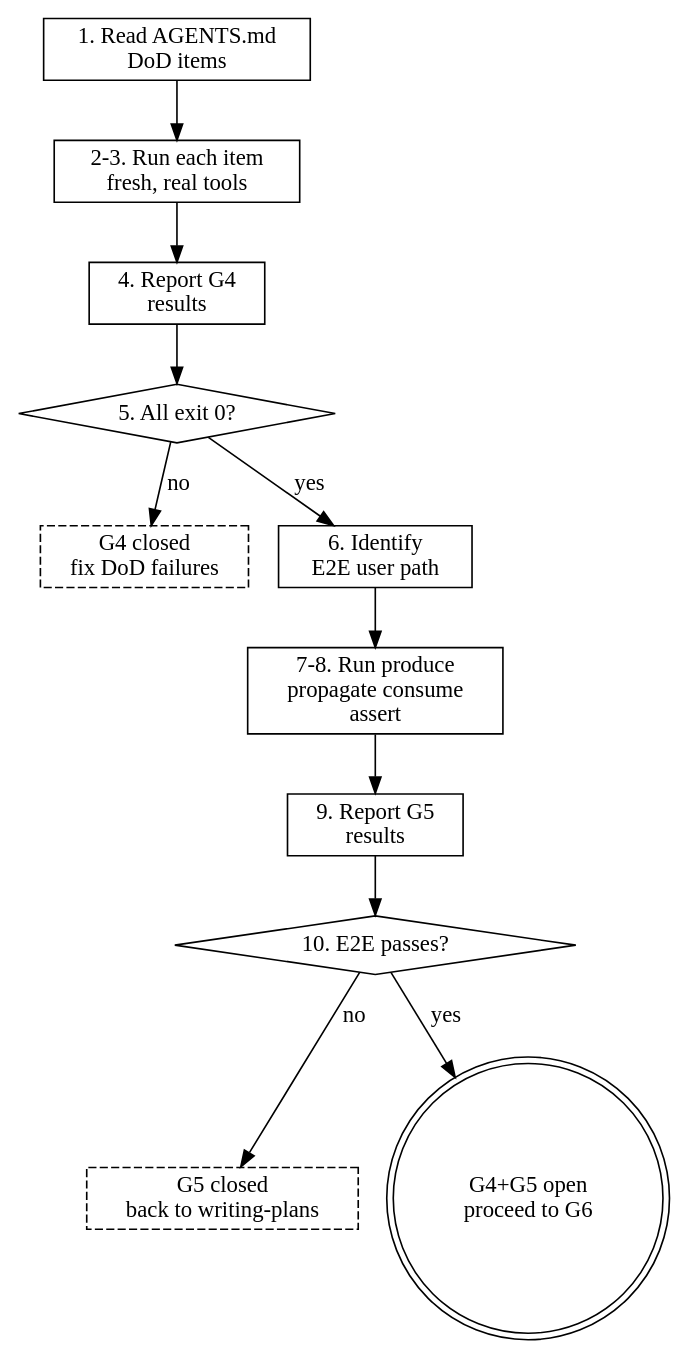
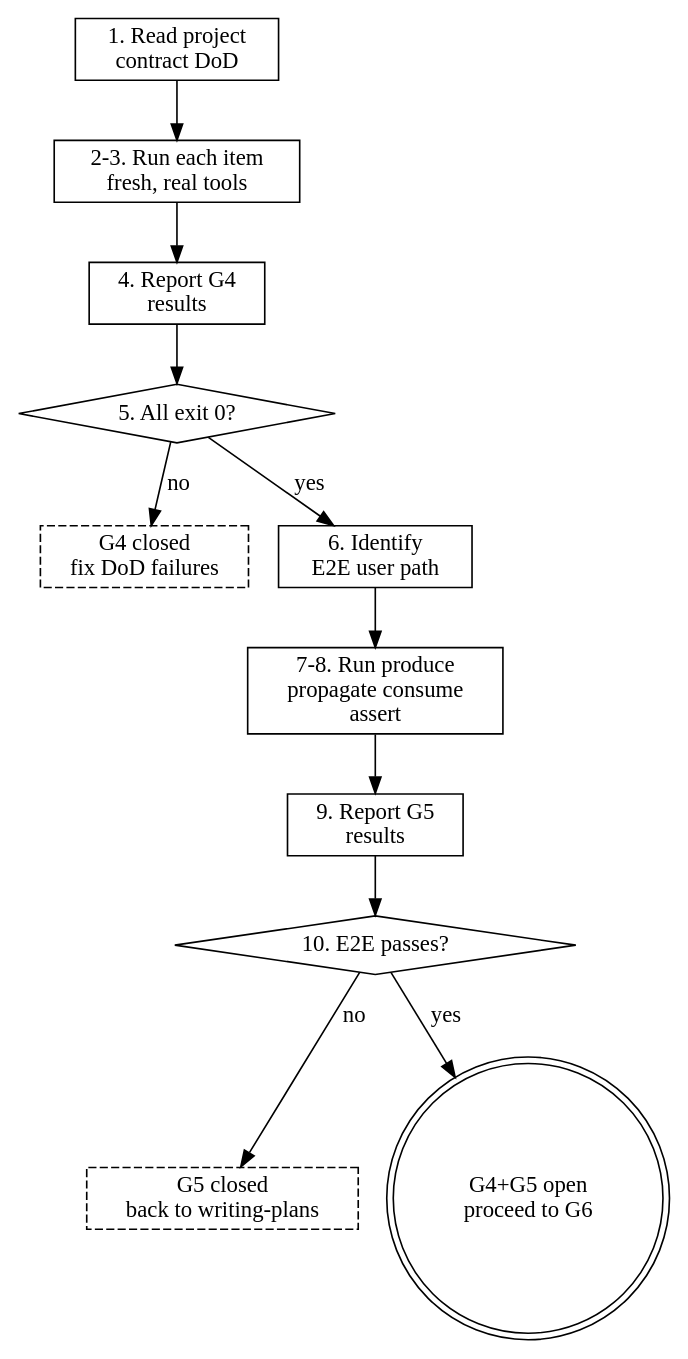
One commit to rainhan99/zeus changed the diagram in skills/e2e-gate/SKILL.md. Above: the diagram before and after it, drawn with Graphviz. The commit also changed other lines of this file and 10 other files, not shown here.

````diff
--- a/skills/e2e-gate/SKILL.md
+++ b/skills/e2e-gate/SKILL.md
@@ -44,22 +44,22 @@
 ```dot
 digraph e2e_gate {
-  read_dod [label="1. Read AGENTS.md\nDoD items", shape=box];
+  read_dod [label="1. Read project\ncontract DoD", shape=box];
   run_dod [label="2-3. Run each item\nfresh, real tools", shape=box];
   report_g4 [label="4. Report G4\nresults", shape=box];
   g4_check [label="5. All exit 0?", shape=diamond];
   g4_fail [label="G4 closed\nfix DoD failures", shape=box, style=dashed];
   identify [label="6. Identify\nE2E user path", shape=box];
   pipeline [label="7-8. Run produce\npropagate consume\nassert", shape=box];
   report_g5 [label="9. Report G5\nresults", shape=box];
   g5_check [label="10. E2E passes?", shape=diamond];
   g5_fail [label="G5 closed\nback to writing-plans", shape=box, style=dashed];
   ship [label="G4+G5 open\nproceed to G6", shape=doublecircle];
 
   read_dod -> run_dod -> report_g4 -> g4_check;
   g4_check -> identify [label="yes"];
   g4_check -> g4_fail [label="no"];
   identify -> pipeline -> report_g5 -> g5_check;
   g5_check -> ship [label="yes"];
   g5_check -> g5_fail [label="no"];
 }
 ```
````
